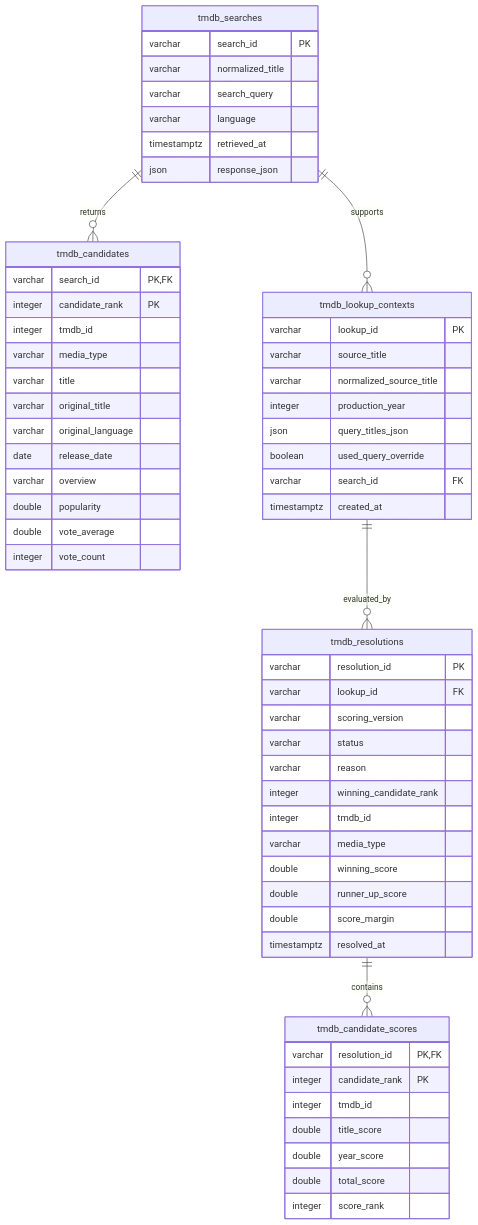
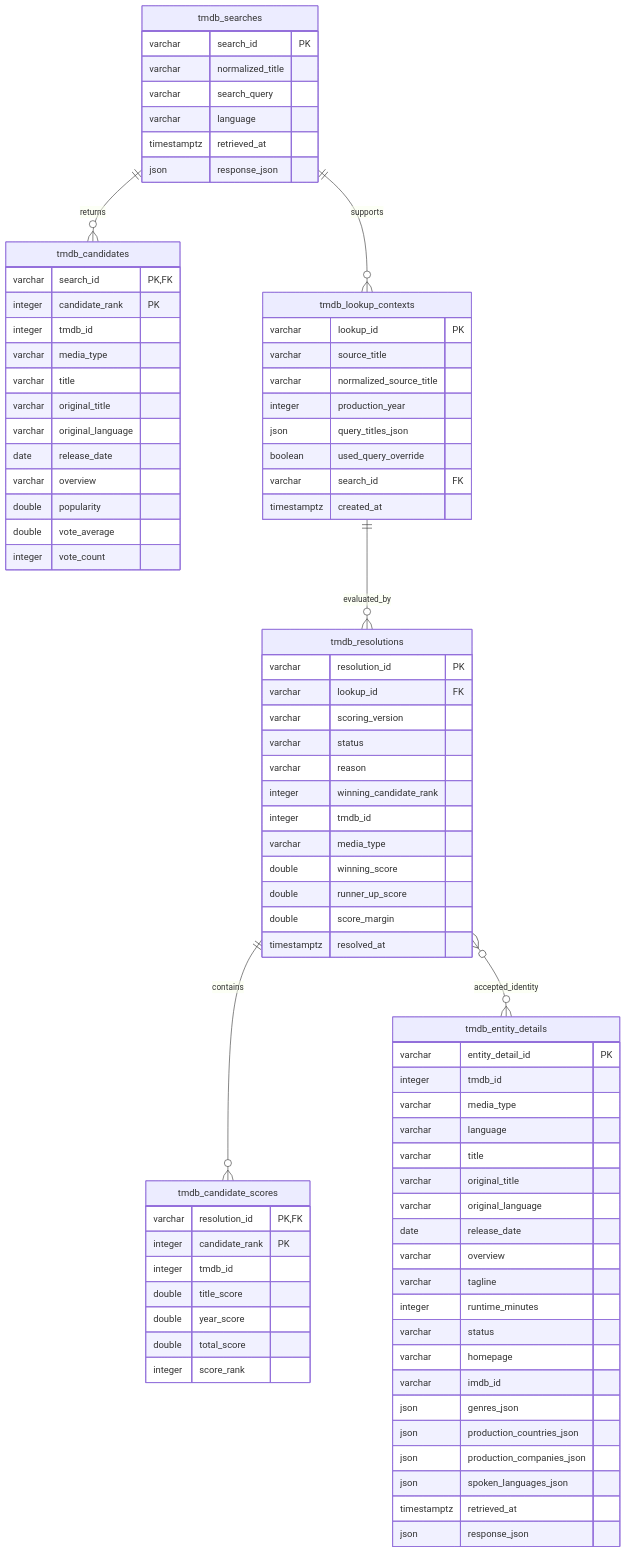
The fourth of 6 diagrams in docs/data-model.md (apantaz/greek-tv-highlights-radar), drawn with Mermaid before and after one commit. The commit also changed other lines of this file and 16 other files, not shown here.

Commit message:
feat: add matched TMDB entity metadata

````diff
--- a/docs/data-model.md
+++ b/docs/data-model.md
@@ -87,6 +87,7 @@
     tmdb_searches ||--o{ tmdb_lookup_contexts : supports
     tmdb_lookup_contexts ||--o{ tmdb_resolutions : evaluated_by
     tmdb_resolutions ||--o{ tmdb_candidate_scores : contains
+    tmdb_resolutions }o--o{ tmdb_entity_details : accepted_identity
 
     tmdb_searches {
         varchar search_id PK
@@ -147,4 +148,27 @@
         double total_score
         integer score_rank
     }
+
+    tmdb_entity_details {
+        varchar entity_detail_id PK
+        integer tmdb_id
+        varchar media_type
+        varchar language
+        varchar title
+        varchar original_title
+        varchar original_language
+        date release_date
+        varchar overview
+        varchar tagline
+        integer runtime_minutes
+        varchar status
+        varchar homepage
+        varchar imdb_id
+        json genres_json
+        json production_countries_json
+        json production_companies_json
+        json spoken_languages_json
+        timestamptz retrieved_at
+        json response_json
+    }
 ```
````
